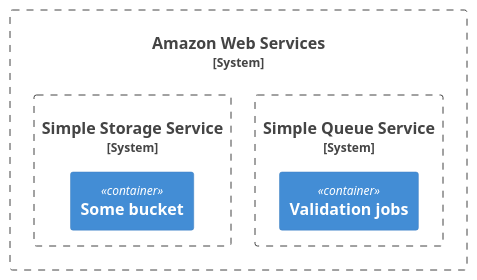
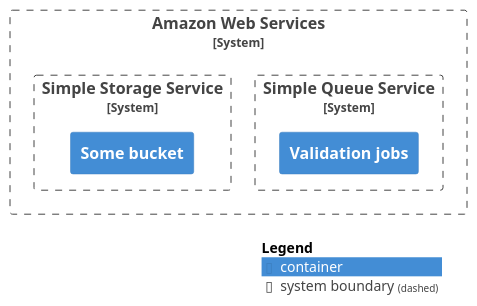
Before and after one commit to tmfg/digitraffic-tis-utilities: the diagram in architecture/tis/c4/l2_container_aws.puml, drawn with PlantUML. The commit also changed 7 other files, not shown here.

Commit message:
unify legend rendering between all c4 diagrams

```diff
--- a/architecture/tis/c4/l2_container_aws.puml
+++ b/architecture/tis/c4/l2_container_aws.puml
@@ -1,14 +1,15 @@
 @startuml AWS
 !include https://raw.githubusercontent.com/plantuml-stdlib/C4-PlantUML/master/C4_Container.puml
 
 
 System_Boundary(aws, "Amazon Web Services") {
     System_Boundary(sqs, "Simple Queue Service") {
         Container(sqs_validation_jobs,"Validation jobs")
     }
     System_Boundary(s3, "Simple Storage Service") {
         Container(s3_some_bucket,"Some bucket")
     }
 }
 
+SHOW_LEGEND()
 @enduml
```
